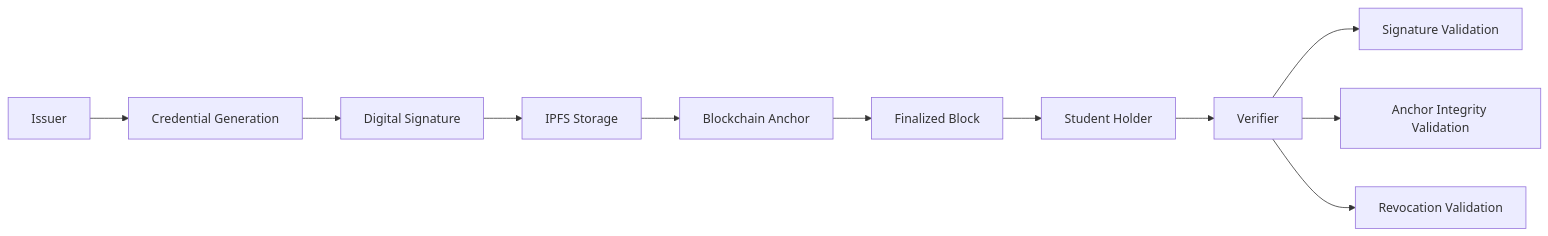
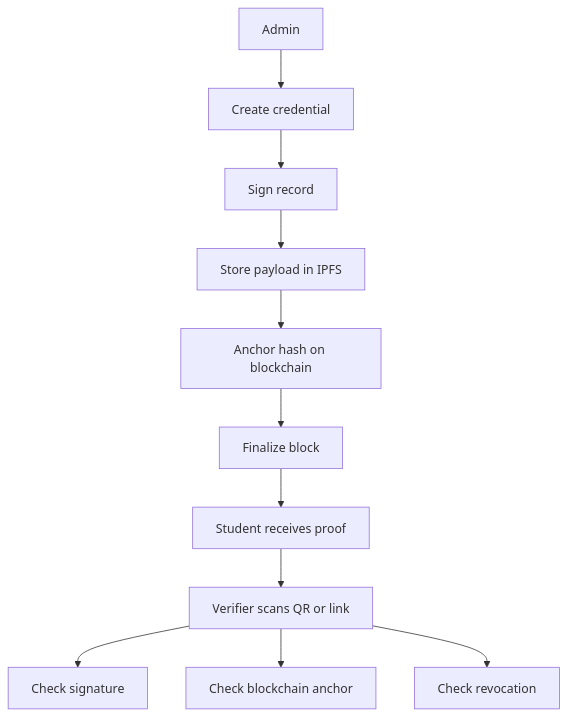
Before and after one commit to udaycodespace/credify: the first of 2 diagrams in README.md, drawn with Mermaid. The commit also changed other lines of this file, not shown here.

````diff
--- a/README.md
+++ b/README.md
@@ -175,18 +90,13 @@
 ```mermaid
-flowchart LR
-
-A[Issuer] --> B[Credential Generation]
-B --> C[Digital Signature]
-
-C --> D[IPFS Storage]
-D --> E[Blockchain Anchor]
-
-E --> F[Finalized Block]
-
-F --> G[Student Holder]
-G --> H[Verifier]
-
-H --> I[Signature Validation]
-H --> J[Anchor Integrity Validation]
-H --> K[Revocation Validation]
+flowchart TD
+    A[Admin] --> B[Create credential]
+    B --> C[Sign record]
+    C --> D[Store payload in IPFS]
+    D --> E[Anchor hash on blockchain]
+    E --> F[Finalize block]
+    F --> G[Student receives proof]
+    G --> H[Verifier scans QR or link]
+    H --> I[Check signature]
+    H --> J[Check blockchain anchor]
+    H --> K[Check revocation]
 ```
````
